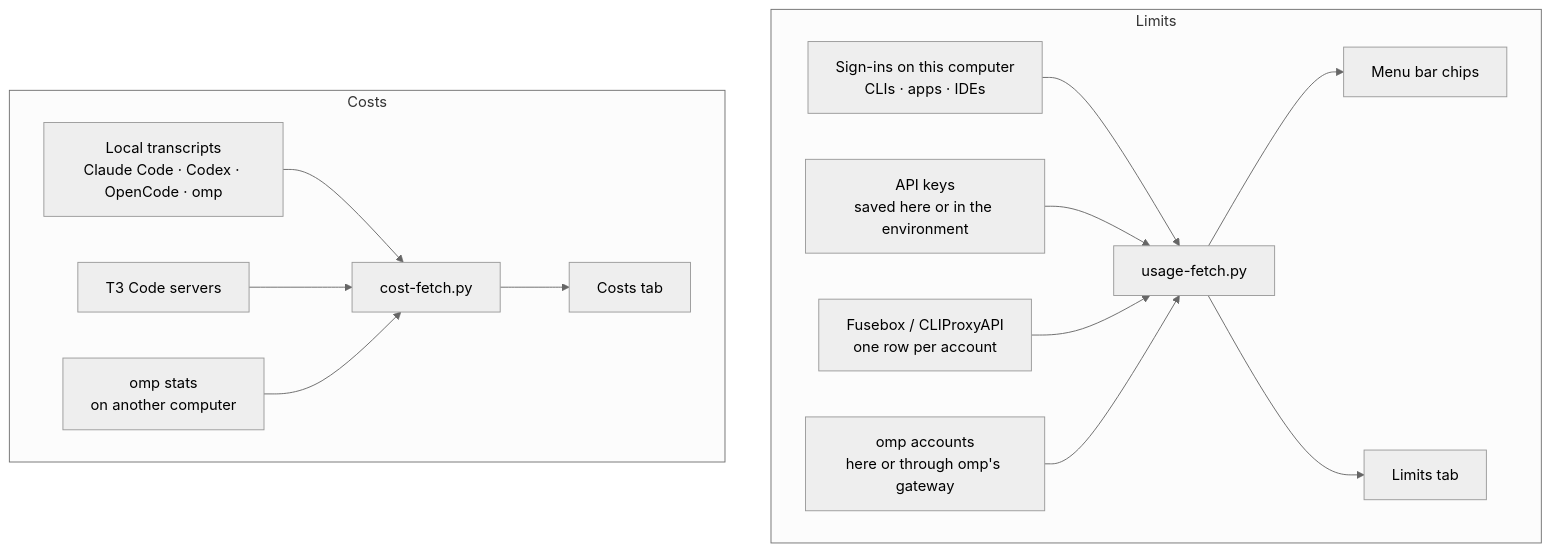
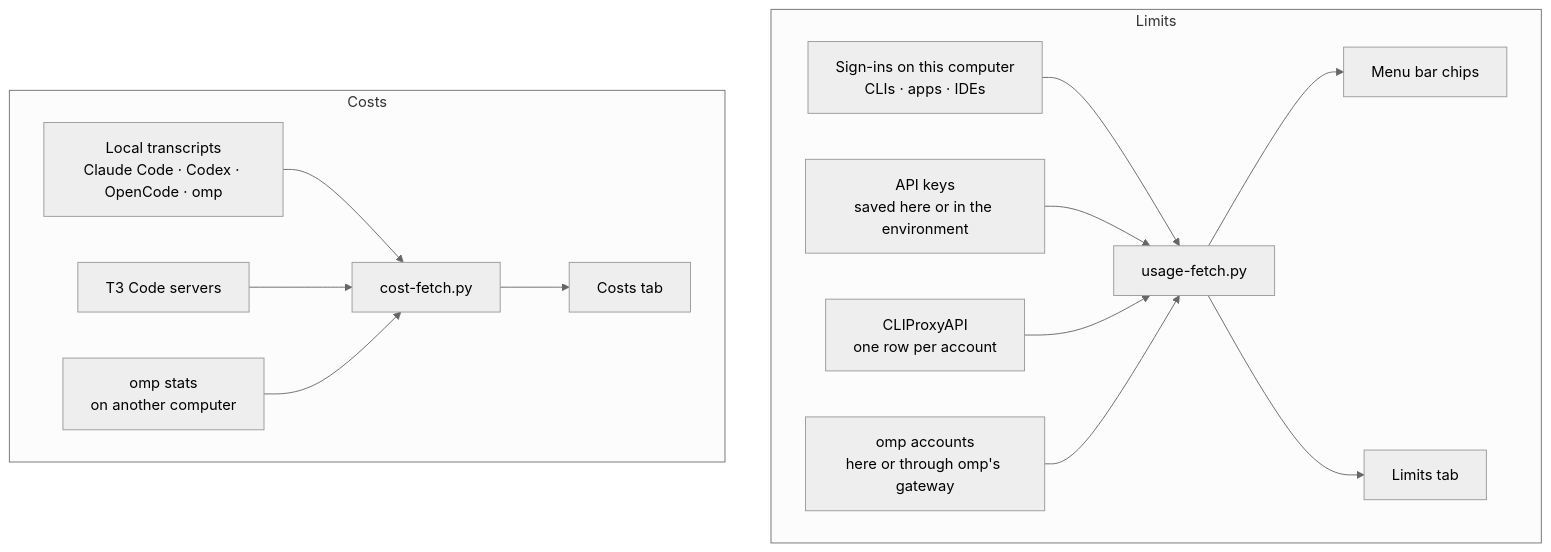
The diagram in README.md (JanitorHead/omarchy-quotatank), drawn with Mermaid (neutral theme) before and after one commit. The commit also changed other lines of this file and 128 other files, not shown here.

````diff
--- a/README.md
+++ b/README.md
@@ -208,17 +208,17 @@
 ```mermaid
 flowchart TB
   subgraph Limits
     cli["Sign-ins on this computer<br/>CLIs · apps · IDEs"] --> uf["usage-fetch.py"]
     keys["API keys<br/>saved here or in the environment"] --> uf
-    proxy["Fusebox / CLIProxyAPI<br/>one row per account"] --> uf
+    proxy["CLIProxyAPI<br/>one row per account"] --> uf
     ompl["omp accounts<br/>here or through omp's gateway"] --> uf
     uf --> chips["Menu bar chips"]
     uf --> panel["Limits tab"]
   end
   subgraph Costs
     logs["Local transcripts<br/>Claude Code · Codex · OpenCode · omp"] --> cf["cost-fetch.py"]
     t3["T3 Code servers"] --> cf
     omps["omp stats<br/>on another computer"] --> cf
     cf --> costs["Costs tab"]
   end
 ```
````
